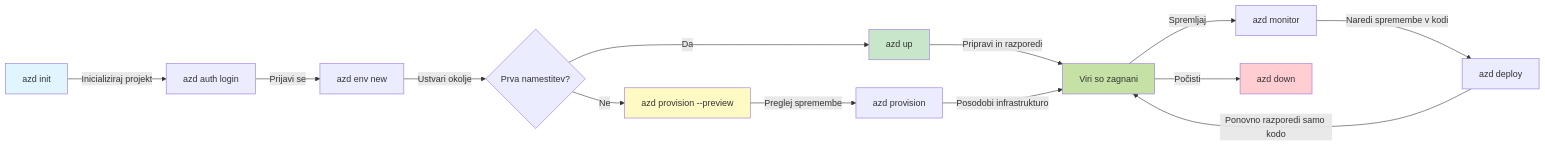
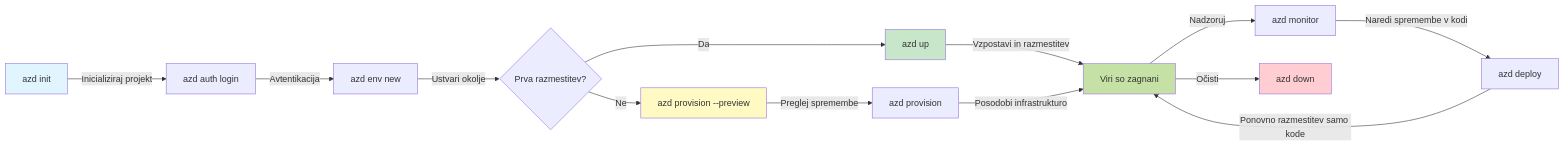
The first of 2 diagrams in translations/sl/docs/chapter-01-foundation/azd-basics.md (microsoft/AZD-for-beginners), drawn with Mermaid before and after one commit. The commit also changed other lines of this file and 101 other files, not shown here.

````diff
--- a/translations/sl/docs/chapter-01-foundation/azd-basics.md
+++ b/translations/sl/docs/chapter-01-foundation/azd-basics.md
@@ -254,21 +269,21 @@
 ```mermaid
 graph LR
     A[azd init] -->|Inicializiraj projekt| B[azd auth login]
-    B -->|Prijavi se| C[azd env new]
-    C -->|Ustvari okolje| D{Prva namestitev?}
+    B -->|Avtentikacija| C[azd env new]
+    C -->|Ustvari okolje| D{Prva razmestitev?}
     D -->|Da| E[azd up]
     D -->|Ne| F[azd provision --preview]
     F -->|Preglej spremembe| G[azd provision]
-    E -->|Pripravi in razporedi| H[Viri so zagnani]
+    E -->|Vzpostavi in razmestitev| H[Viri so zagnani]
     G -->|Posodobi infrastrukturo| H
-    H -->|Spremljaj| I[azd monitor]
+    H -->|Nadzoruj| I[azd monitor]
     I -->|Naredi spremembe v kodi| J[azd deploy]
-    J -->|Ponovno razporedi samo kodo| H
-    H -->|Počisti| K[azd down]
+    J -->|Ponovno razmestitev samo kode| H
+    H -->|Očisti| K[azd down]
     
     style A fill:#e1f5fe
     style E fill:#c8e6c9
     style F fill:#fff9c4
     style H fill:#c5e1a5
     style K fill:#ffcdd2
 ```
````
